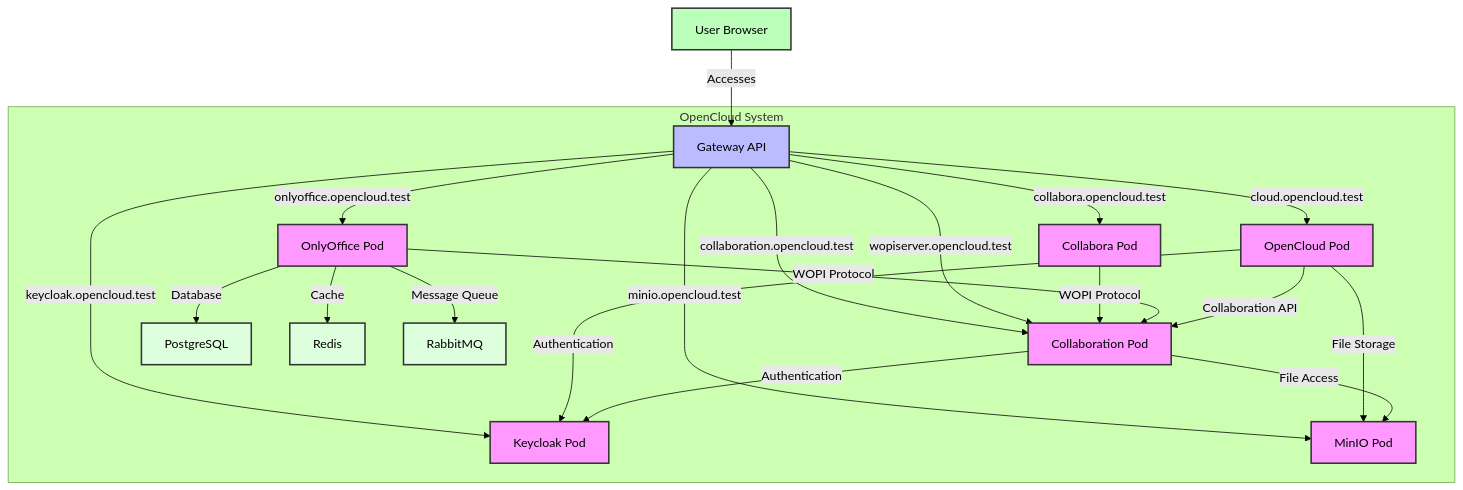
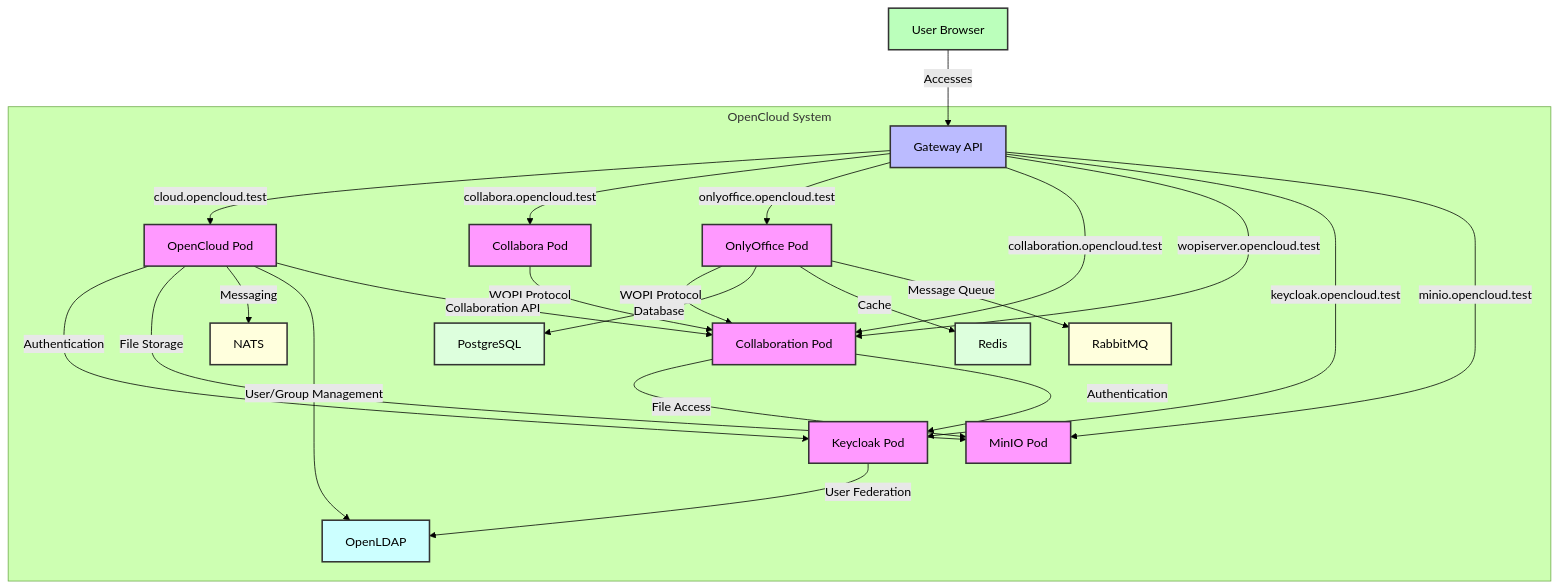
The diagram in README.md (opencloud-eu/helm), drawn with Mermaid (forest theme) before and after one commit. The commit also changed other lines of this file and 204 other files, not shown here.

Commit message:
Add complete helm chart with more structured folders

````diff
--- a/README.md
+++ b/README.md
@@ -127,39 +113,47 @@
 ```mermaid
 graph TD
     User[User Browser] -->|Accesses| Gateway[Gateway API]
     
     subgraph "OpenCloud System"
         Gateway -->|cloud.opencloud.test| OpenCloud[OpenCloud Pod]
         Gateway -->|collabora.opencloud.test| Collabora[Collabora Pod]
         Gateway -->|onlyoffice.opencloud.test| OnlyOffice[OnlyOffice Pod]
         Gateway -->|collaboration.opencloud.test| Collaboration[Collaboration Pod]
         Gateway -->|wopiserver.opencloud.test| Collaboration
         Gateway -->|keycloak.opencloud.test| Keycloak[Keycloak Pod]
         Gateway -->|minio.opencloud.test| MinIO[MinIO Pod]
         
         OpenCloud -->|Authentication| Keycloak
         OpenCloud -->|File Storage| MinIO
+        OpenCloud -->|Messaging| NATS[NATS]
+        OpenCloud -->|User/Group Management| OpenLDAP[OpenLDAP]
         
         Collabora -->|WOPI Protocol| Collaboration
         OnlyOffice -->|WOPI Protocol| Collaboration
         Collaboration -->|File Access| MinIO
         
         Collaboration -->|Authentication| Keycloak
         
         OpenCloud -->|Collaboration API| Collaboration
         
         OnlyOffice -->|Database| PostgreSQL[PostgreSQL]
         OnlyOffice -->|Cache| Redis[Redis]
         OnlyOffice -->|Message Queue| RabbitMQ[RabbitMQ]
     end
     
+    Keycloak -->|User Federation| OpenLDAP
+    
     classDef pod fill:#f9f,stroke:#333,stroke-width:2px;
     classDef gateway fill:#bbf,stroke:#333,stroke-width:2px;
     classDef user fill:#bfb,stroke:#333,stroke-width:2px;
     classDef db fill:#dfd,stroke:#333,stroke-width:2px;
-    
+    classDef mq fill:#ffd,stroke:#333,stroke-width:2px;
+    classDef ldap fill:#cff,stroke:#333,stroke-width:2px;
+
     class OpenCloud,Collabora,OnlyOffice,Collaboration,Keycloak,MinIO pod;
-    class PostgreSQL,Redis,RabbitMQ db;
+    class PostgreSQL,Redis db;
+    class RabbitMQ,NATS mq;
+    class OpenLDAP ldap;
     class Gateway gateway;
     class User user;
 ```
````
